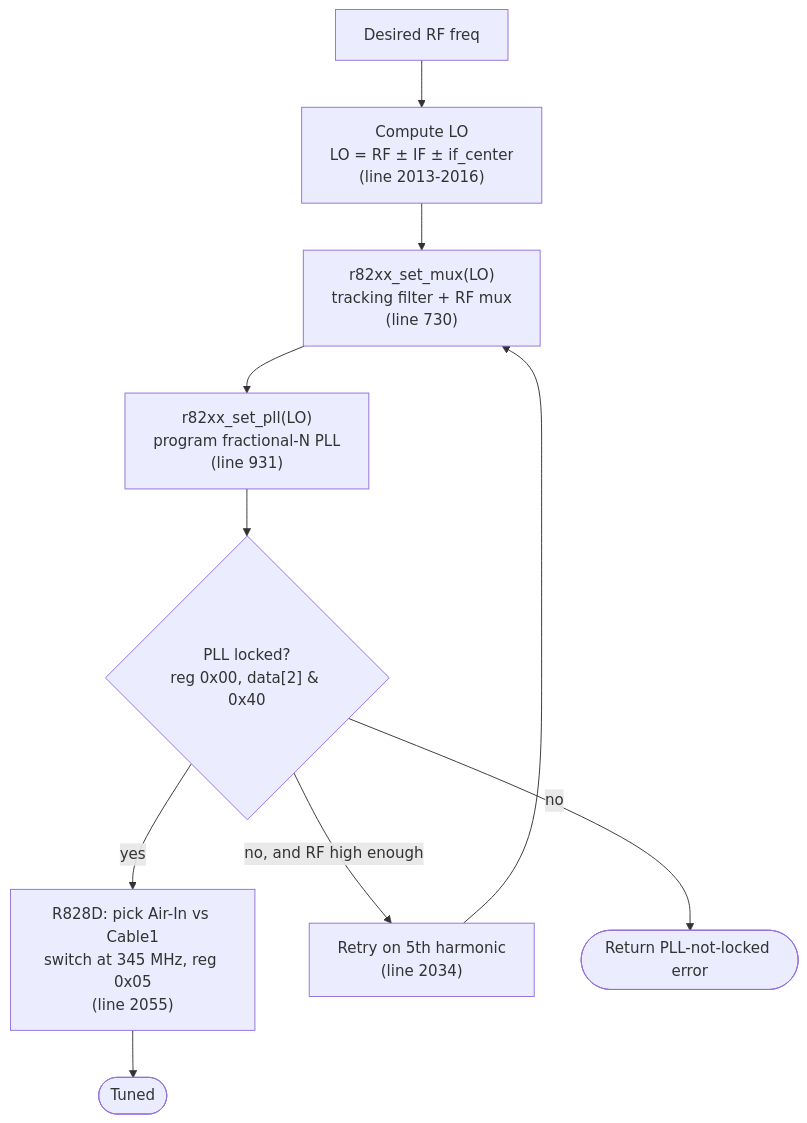
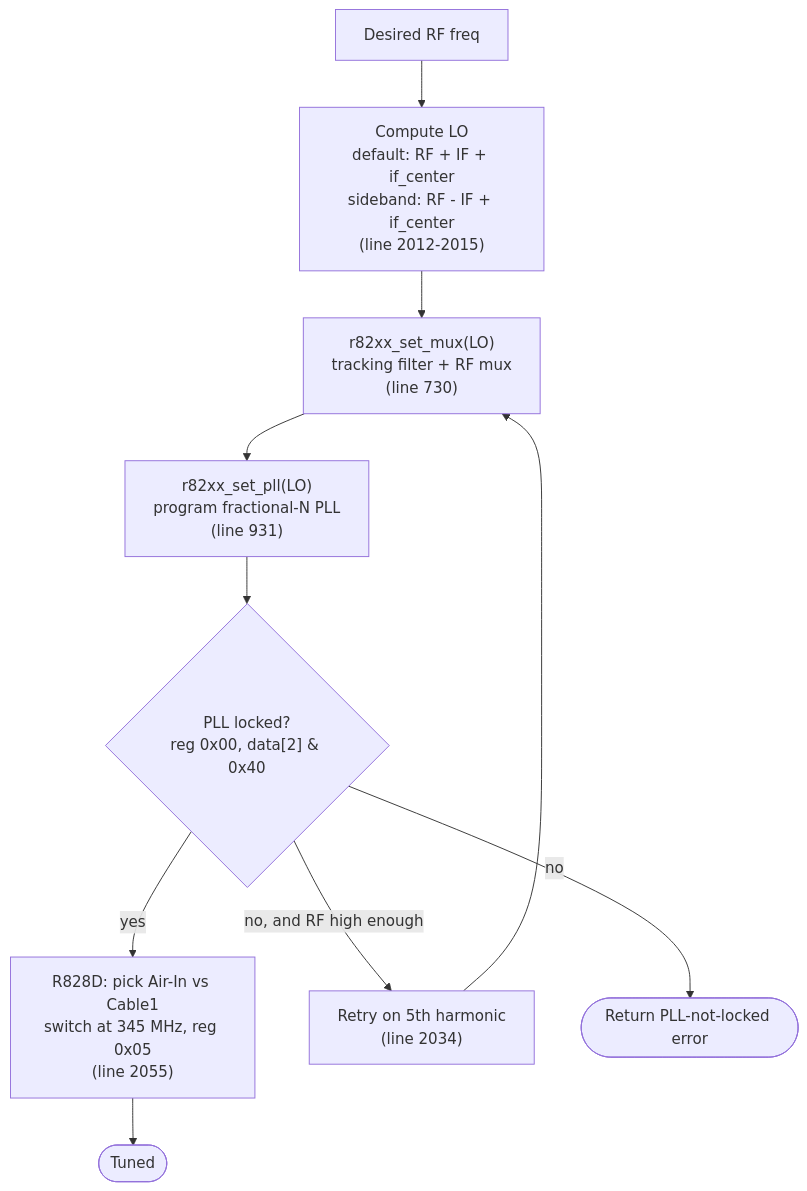
Before and after one commit to ringof/ExtIO_sddc: the third of 9 diagrams in tuner_r82xx_explained.md, drawn with Mermaid. The commit also changed other lines of this file, not shown here.

First line of the commit message:
Correct LO/sideband/image descriptions in tuner_r82xx_explained.md

````diff
--- a/tuner_r82xx_explained.md
+++ b/tuner_r82xx_explained.md
@@ -81,12 +92,12 @@
 ```mermaid
 flowchart TD
-    A["Desired RF freq"] --> B["Compute LO<br/>LO = RF ± IF ± if_center<br/>(line 2013-2016)"]
+    A["Desired RF freq"] --> B["Compute LO<br/>default: RF + IF + if_center<br/>sideband: RF - IF + if_center<br/>(line 2012-2015)"]
     B --> C["r82xx_set_mux(LO)<br/>tracking filter + RF mux<br/>(line 730)"]
     C --> D["r82xx_set_pll(LO)<br/>program fractional-N PLL<br/>(line 931)"]
     D --> E{"PLL locked?<br/>reg 0x00, data[2] & 0x40"}
     E -->|yes| F["R828D: pick Air-In vs Cable1<br/>switch at 345 MHz, reg 0x05<br/>(line 2055)"]
     F --> G([Tuned])
     E -->|"no, and RF high enough"| H["Retry on 5th harmonic<br/>(line 2034)"]
     H --> C
     E -->|"no"| X([Return PLL-not-locked error])
 ```
````
